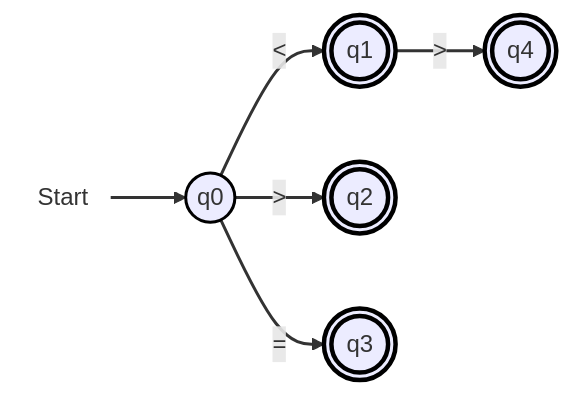
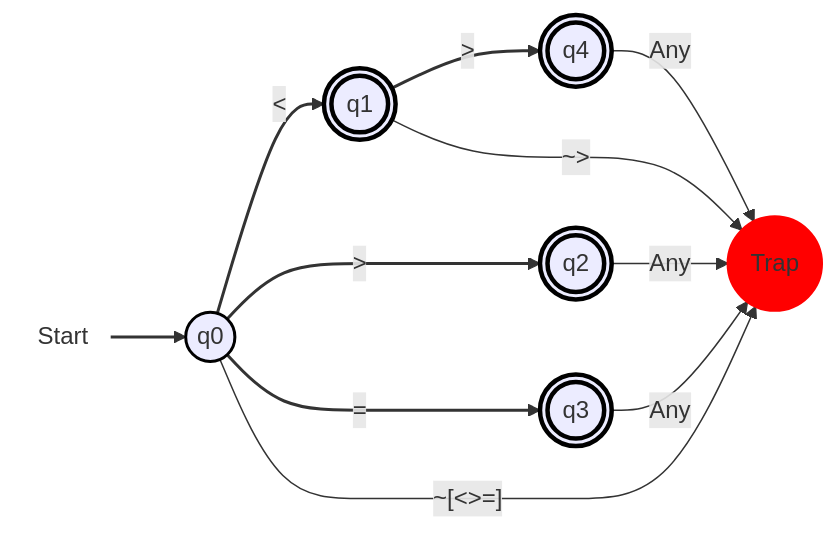
The eighth of 9 diagrams in docs/DFA.md (CS-Tiny-Compiler/a-tiny-compiler), drawn with Mermaid before and after one commit. The commit also changed other lines of this file, not shown here.

````diff
--- a/docs/DFA.md
+++ b/docs/DFA.md
@@ -263,16 +264,22 @@
 ```mermaid
 flowchart LR
   start(((Start))):::startNode --> q0(("q0")):::normal
   q0 --> |#60;| q1((("q1"))):::finalState
   q0 --> |#62;| q2((("q2"))):::finalState
   q0 --> |#61;| q3((("q3"))):::finalState
   q1 --> |#62;| q4((("q4"))):::finalState
+  q0 --> |"~[#60;#62;#61;]"| trap((("Trap"))):::trap
+  q1 --> |"~#62;"| trap((("Trap"))):::trap
+  q2 --> |"Any"| trap((("Trap"))):::trap
+  q3 --> |"Any"| trap((("Trap"))):::trap
+  q4 --> |"Any"| trap((("Trap"))):::trap
 
 
   classDef startNode fill:none,stroke:none;
   classDef normal stroke:#000,stroke-width:2px;
   classDef finalState stroke:#000,stroke-width:3px;
+  classDef trap fill:#f00,stroke:#f00,stroke-width:2px;
 
   linkStyle 0 stroke-width:2px;
   linkStyle 1,2,3,4 stroke:#333,stroke-width:2px,fill:none;
 ```
````
